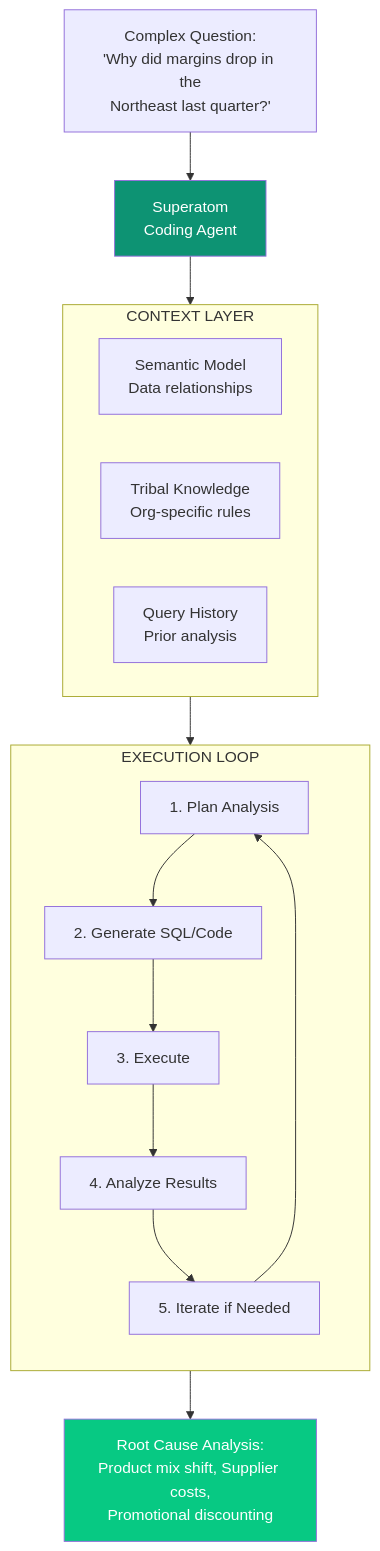
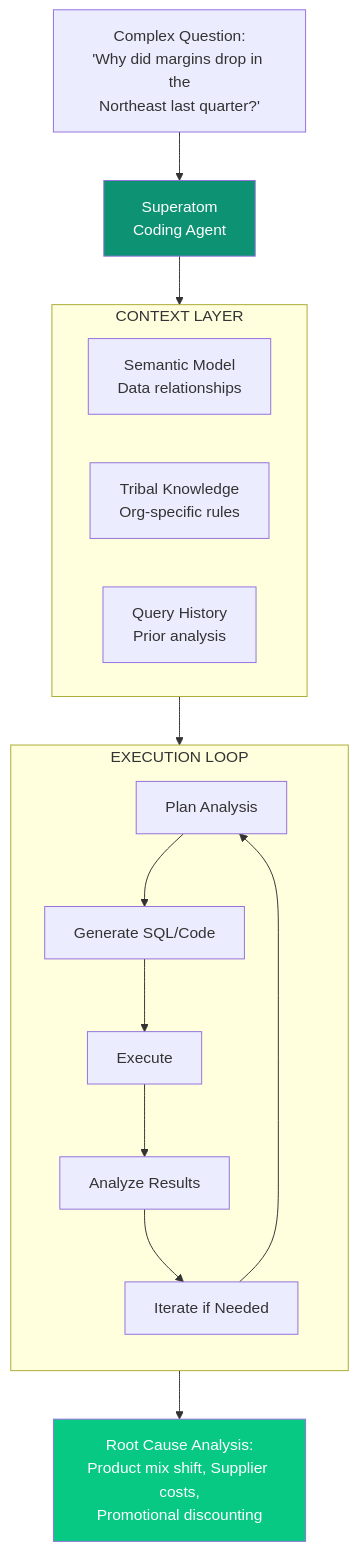
Before and after one commit to ashishsuperatom/tech-docs: the first of 4 diagrams in ip/coding-agents.mdx, drawn with Mermaid. The commit also changed 13 other files, not shown here.

First line of the commit message:
Add Superatom AI logo and fix Mermaid diagram rendering

````diff
--- a/ip/coding-agents.mdx
+++ b/ip/coding-agents.mdx
@@ -19,31 +19,31 @@
 ```mermaid
 flowchart TB
     Q["Complex Question:<br>'Why did margins drop in the<br>Northeast last quarter?'"] --> AGENT["Superatom<br>Coding Agent"]
 
     subgraph CONTEXT["CONTEXT LAYER"]
         SM["Semantic Model<br>Data relationships"]
         TK["Tribal Knowledge<br>Org-specific rules"]
         HIST["Query History<br>Prior analysis"]
     end
 
     AGENT --> CONTEXT
 
     subgraph EXECUTION["EXECUTION LOOP"]
         direction TB
-        PLAN["1. Plan Analysis"]
-        CODE["2. Generate SQL/Code"]
-        EXEC["3. Execute"]
-        ANALYZE["4. Analyze Results"]
-        ITERATE["5. Iterate if Needed"]
+        PLAN["Plan Analysis"]
+        CODE["Generate SQL/Code"]
+        EXEC["Execute"]
+        ANALYZE["Analyze Results"]
+        ITERATE["Iterate if Needed"]
 
         PLAN --> CODE --> EXEC --> ANALYZE --> ITERATE
         ITERATE --> PLAN
     end
 
     CONTEXT --> EXECUTION
 
     EXECUTION --> RESULT["Root Cause Analysis:<br>Product mix shift, Supplier costs,<br>Promotional discounting"]
 
     style AGENT fill:#0D9373,color:#fff
     style RESULT fill:#07C983,color:#fff
 ```
````
